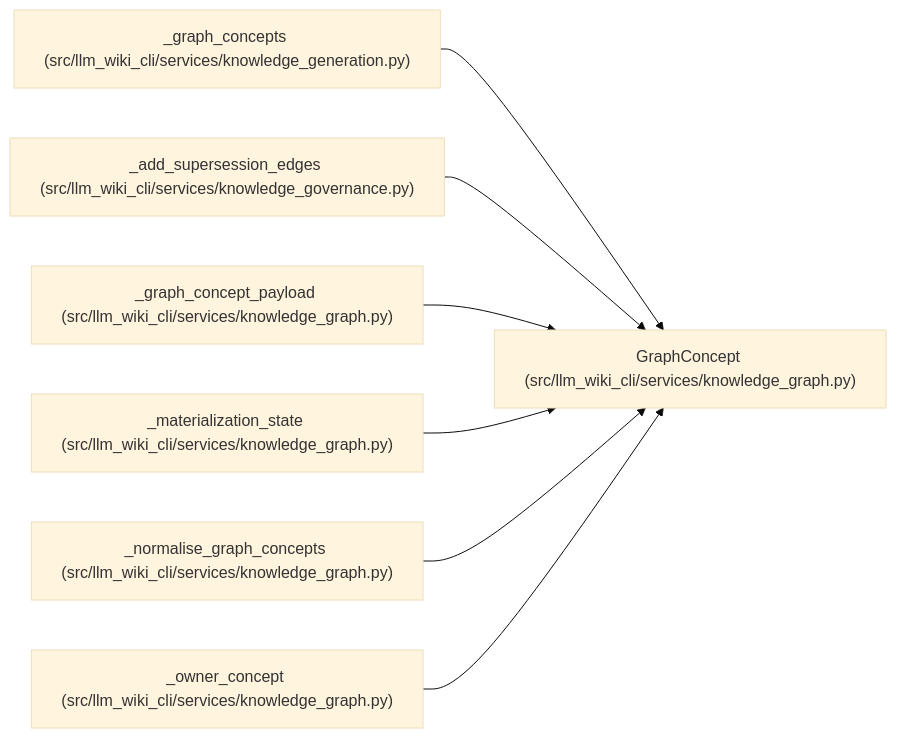
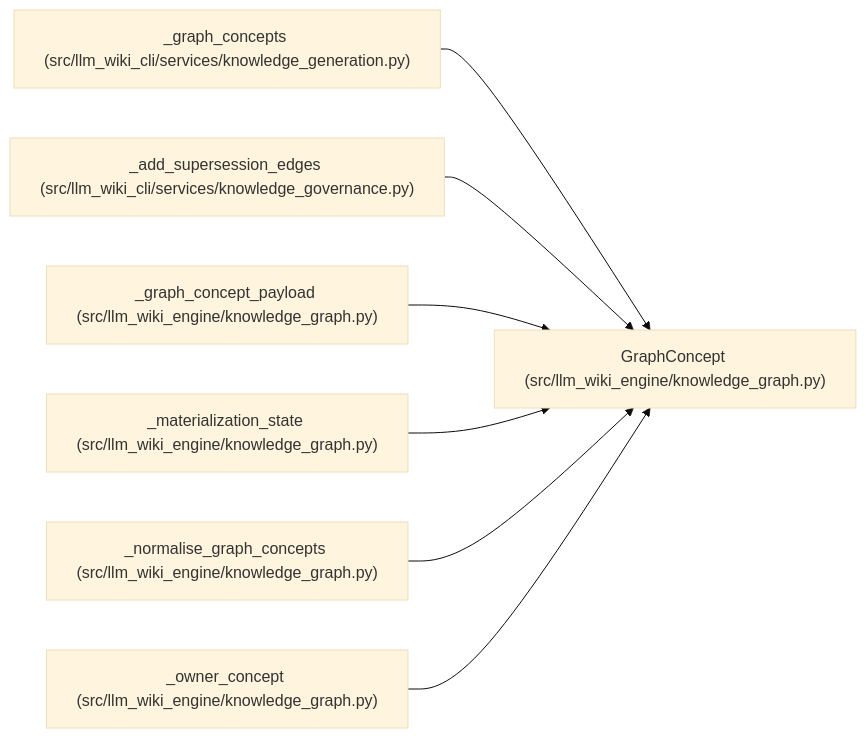
The diagram in docs/llm_wiki/entities/GraphConcept.md (Denissvgn/python-wiki-llm), drawn with Mermaid (base theme) before and after one commit. The commit also changed other lines of this file and 1103 other files, not shown here.

First line of the commit message:
docs: refresh the wiki for the llm-wiki-engine distribution

````diff
--- a/docs/llm_wiki/entities/GraphConcept.md
+++ b/docs/llm_wiki/entities/GraphConcept.md
@@ -32,23 +32,23 @@
 ```mermaid
 flowchart LR
-    n0["GraphConcept (src/llm_wiki_cli/services/knowledge_graph.py)"]
+    n0["GraphConcept (src/llm_wiki_engine/knowledge_graph.py)"]
     n1["_graph_concepts (src/llm_wiki_cli/services/knowledge_generation.py)"]
     n2["_add_supersession_edges (src/llm_wiki_cli/services/knowledge_governance.py)"]
-    n3["_graph_concept_payload (src/llm_wiki_cli/services/knowledge_graph.py)"]
-    n4["_materialization_state (src/llm_wiki_cli/services/knowledge_graph.py)"]
-    n5["_normalise_graph_concepts (src/llm_wiki_cli/services/knowledge_graph.py)"]
-    n6["_owner_concept (src/llm_wiki_cli/services/knowledge_graph.py)"]
+    n3["_graph_concept_payload (src/llm_wiki_engine/knowledge_graph.py)"]
+    n4["_materialization_state (src/llm_wiki_engine/knowledge_graph.py)"]
+    n5["_normalise_graph_concepts (src/llm_wiki_engine/knowledge_graph.py)"]
+    n6["_owner_concept (src/llm_wiki_engine/knowledge_graph.py)"]
     n1 --> n0
     n2 --> n0
     n3 --> n0
     n4 --> n0
     n5 --> n0
     n6 --> n0
     click n0 "../modules/knowledge_graph.md"
     click n1 "../modules/knowledge_generation.md"
     click n2 "../modules/knowledge_governance.md"
     click n3 "../modules/knowledge_graph.md"
     click n4 "../modules/knowledge_graph.md"
     click n5 "../modules/knowledge_graph.md"
     click n6 "../modules/knowledge_graph.md"
 ```
````
